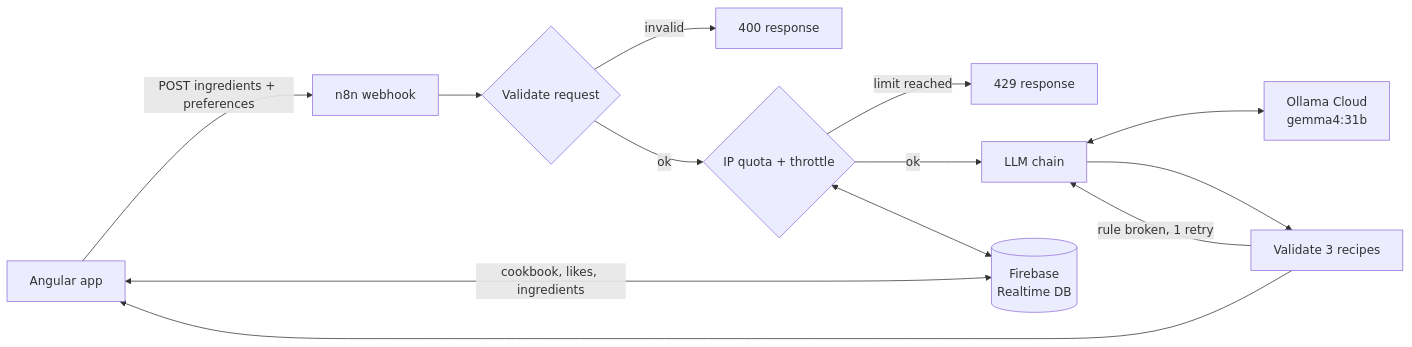
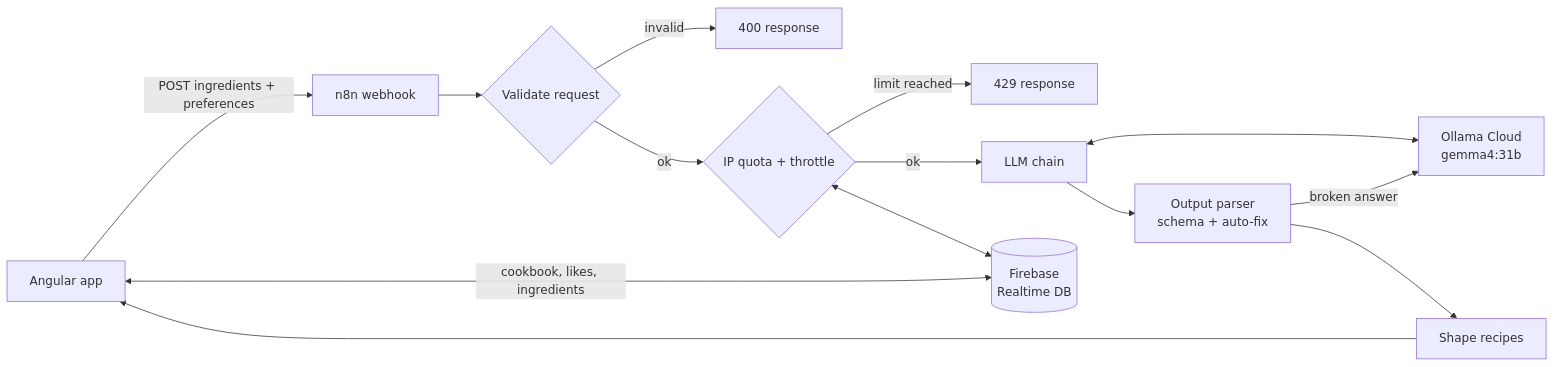
The diagram in README.md (alexlindt-arch/code-a-cuisine), drawn with Mermaid before and after one commit. The commit also changed other lines of this file and 2 other files, not shown here.

First line of the commit message:
Document the parser-based workflow and update the README

````diff
--- a/README.md
+++ b/README.md
@@ -38,15 +38,16 @@
 ```mermaid
 flowchart LR
     A[Angular app] -- "POST ingredients + preferences" --> B[n8n webhook]
     B --> V{Validate request}
     V -- invalid --> X[400 response]
     V -- ok --> C{IP quota + throttle}
     C -- "limit reached" --> D[429 response]
     C -- ok --> E[LLM chain]
     E <--> F[Ollama Cloud<br/>gemma4:31b]
-    E --> G[Validate 3 recipes]
-    G -- "rule broken, 1 retry" --> E
-    G --> A
+    E --> G[Output parser<br/>schema + auto-fix]
+    G -- "broken answer" --> F
+    G --> S[Shape recipes]
+    S --> A
     C <--> H[(Firebase<br/>Realtime DB)]
     A <-- "cookbook, likes, ingredients" --> H
 ```
````
